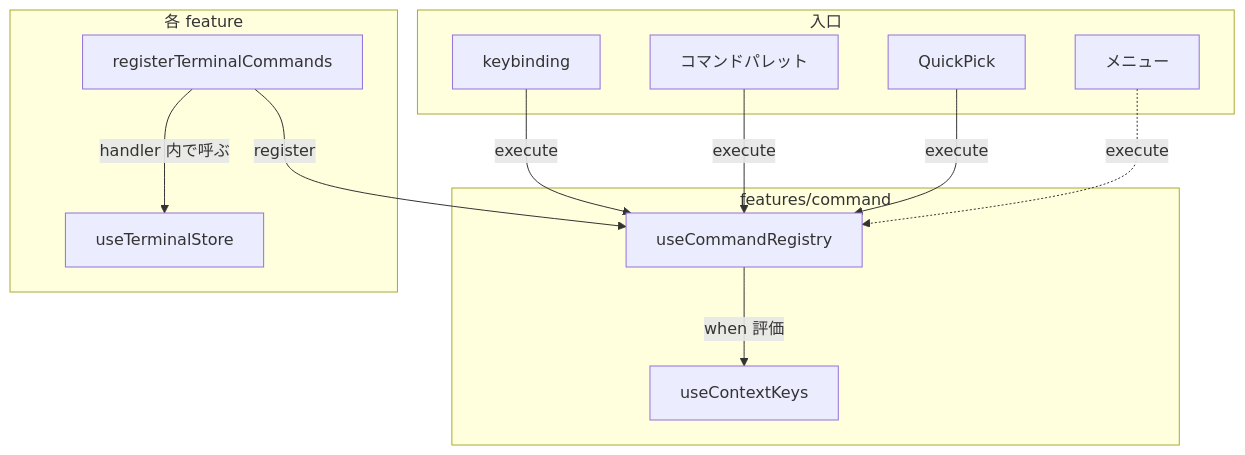
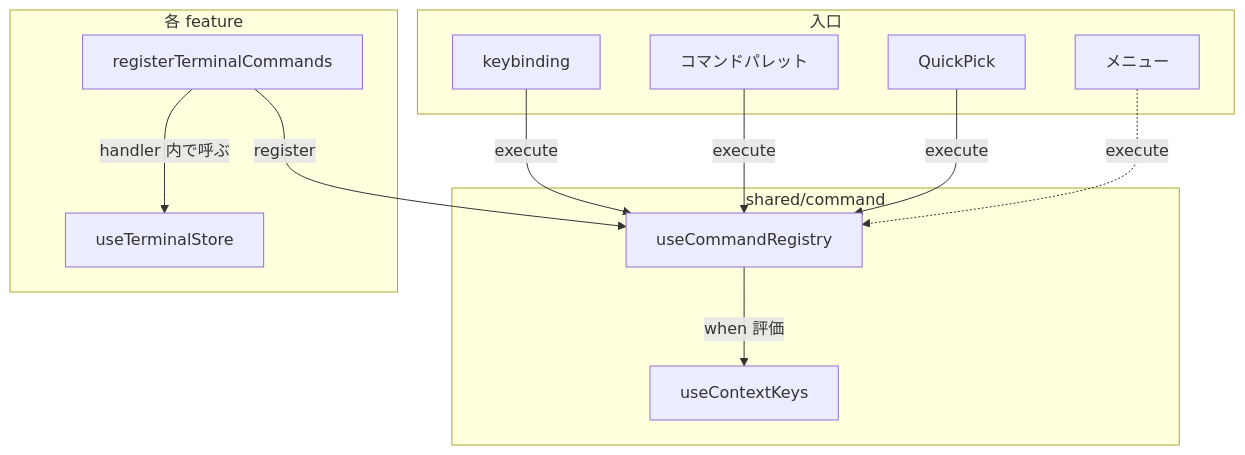
One commit to miyaoka/gozd changed the diagram in docs/command.md. Above: the diagram before and after it, drawn with Mermaid. The commit also changed 3 other files, not shown here.

````diff
--- a/docs/command.md
+++ b/docs/command.md
@@ -7,27 +7,27 @@
 ```mermaid
 flowchart TB
     subgraph entry [入口]
         KB[keybinding]
         CP[コマンドパレット]
         QP[QuickPick]
         MENU[メニュー]
     end
 
-    subgraph command [features/command]
+    subgraph command [shared/command]
         CR[useCommandRegistry]
         CK[useContextKeys]
     end
 
     subgraph feature [各 feature]
         RC[registerTerminalCommands]
         STORE[useTerminalStore]
     end
 
     KB -->|execute| CR
     CP -->|execute| CR
     QP -->|execute| CR
     MENU -.->|execute| CR
     CR -->|when 評価| CK
     RC -->|register| CR
     RC -->|handler 内で呼ぶ| STORE
 ```
````
